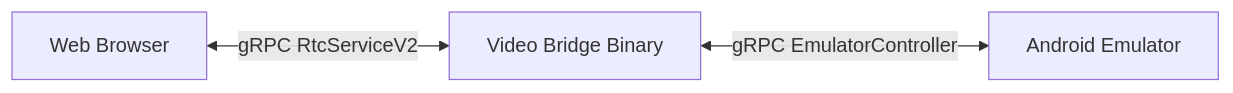
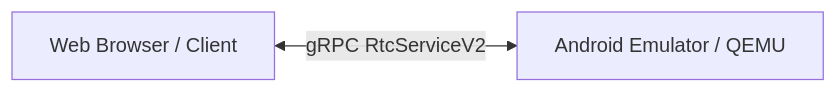
One commit to CodeLinaro-mirror/la_platform_hardware_generic_goldfish changed the first of 2 diagrams in emulator/videobridge/docs/DESIGN.md. Above: the diagram before and after it, drawn with Mermaid. The commit also changed other lines of this file and 5 other files, not shown here.

````diff
--- a/emulator/videobridge/docs/DESIGN.md
+++ b/emulator/videobridge/docs/DESIGN.md
@@ -30,5 +21,4 @@
 ```mermaid
 graph LR
-    Browser[Web Browser] <-->|gRPC RtcServiceV2| VideoBridge[Video Bridge Binary]
-    VideoBridge <-->|gRPC EmulatorController| Emulator[Android Emulator]
+    Browser[Web Browser / Client] <-->|gRPC RtcServiceV2| Emulator[Android Emulator / QEMU]
 ```
````
